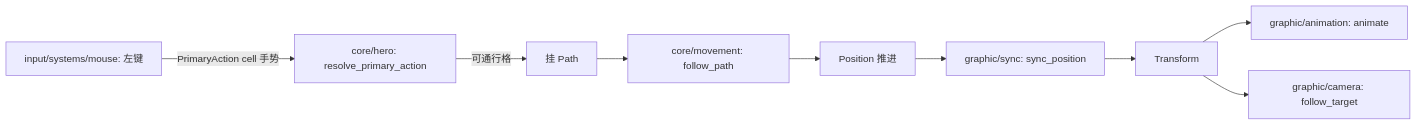
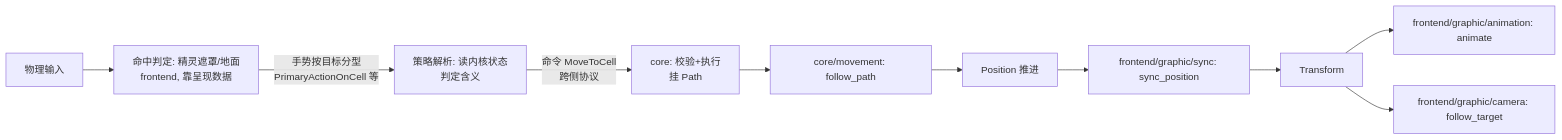
Before and after one commit to feng1st/tome: the second of 2 diagrams in openspec/changes/split-data-display-input-plugins/design.md, drawn with Mermaid. The commit also changed other lines of this file and 94 other files, not shown here.

First line of the commit message:
Merge graphic+input into frontend; gesture/command protocol with CellPos

````diff
--- a/openspec/changes/split-data-display-input-plugins/design.md
+++ b/openspec/changes/split-data-display-input-plugins/design.md
@@ -64,11 +62,12 @@
 ```mermaid
 flowchart LR
-    mouse[input/systems/mouse: 左键] -->|PrimaryAction cell 手势| dispatch[core/hero: resolve_primary_action]
-    dispatch -->|可通行格| path[挂 Path]
-    path --> follow[core/movement: follow_path]
+    raw[物理输入] --> hit[命中判定: 精灵遮罩/地面<br>frontend, 靠呈现数据]
+    hit -->|手势按目标分型<br>PrimaryActionOnCell 等| disp[策略解析: 读内核状态<br>判定含义]
+    disp -->|命令 MoveToCell<br>跨侧协议| exec[core: 校验+执行<br>挂 Path]
+    exec --> follow[core/movement: follow_path]
     follow --> pos[Position 推进]
-    pos --> sync[graphic/sync: sync_position]
+    pos --> sync[frontend/graphic/sync: sync_position]
     sync --> trans[Transform]
-    trans --> anim[graphic/animation: animate]
-    trans --> cam[graphic/camera: follow_target]
+    trans --> anim[frontend/graphic/animation: animate]
+    trans --> cam[frontend/graphic/camera: follow_target]
 ```
````
